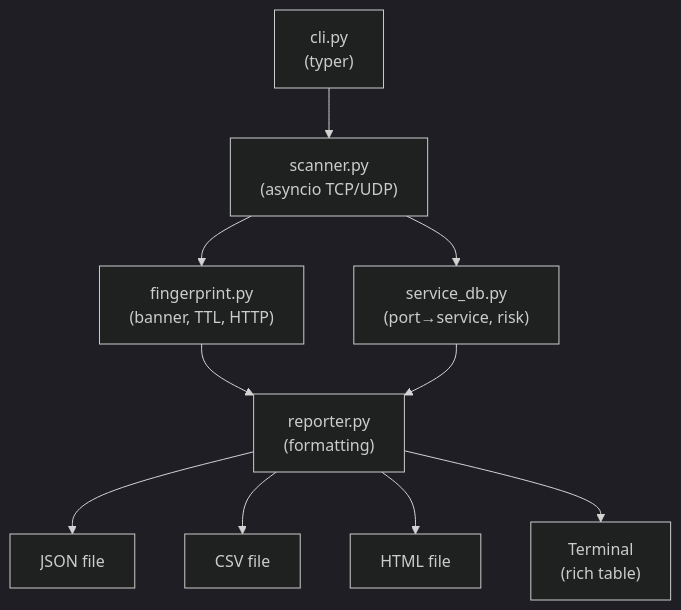
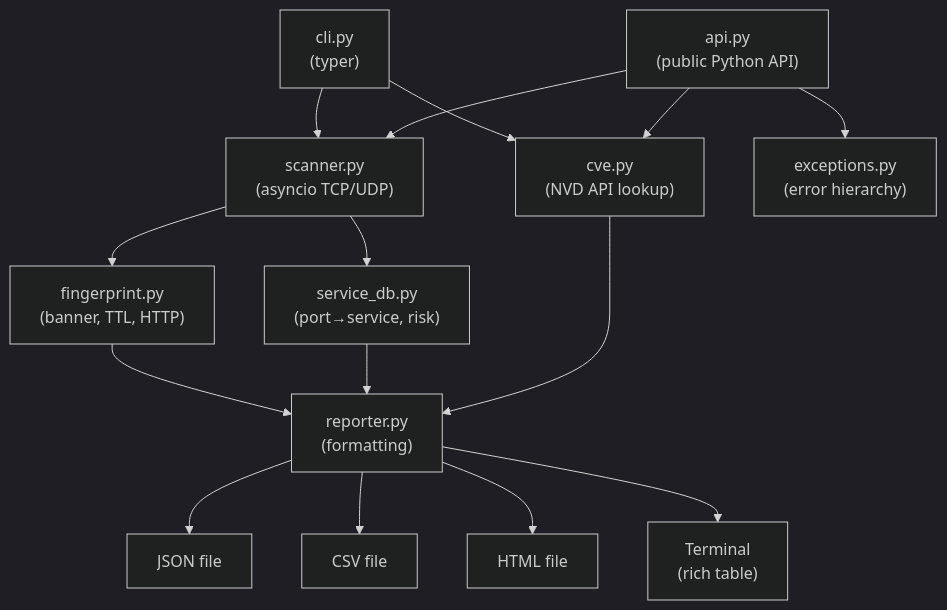
One commit to JakobBartoschek/porthawk changed the diagram in README.md. Above: the diagram before and after it, drawn with Mermaid (dark theme). The commit also changed other lines of this file and 8 other files, not shown here.

First line of the commit message:
feat: CVE lookup via NVD API, CHANGELOG, README update

````diff
--- a/README.md
+++ b/README.md
@@ -40,22 +42,30 @@
 ```mermaid
 flowchart TD
     CLI["cli.py\n(typer)"]
+    API["api.py\n(public Python API)"]
     SCAN["scanner.py\n(asyncio TCP/UDP)"]
     FP["fingerprint.py\n(banner, TTL, HTTP)"]
     SDB["service_db.py\n(port→service, risk)"]
+    CVE["cve.py\n(NVD API lookup)"]
+    EXC["exceptions.py\n(error hierarchy)"]
     REP["reporter.py\n(formatting)"]
     OUT_JSON["JSON file"]
     OUT_CSV["CSV file"]
     OUT_HTML["HTML file"]
     OUT_TERM["Terminal\n(rich table)"]
 
     CLI --> SCAN
+    CLI --> CVE
+    API --> SCAN
+    API --> CVE
+    API --> EXC
     SCAN --> FP
     SCAN --> SDB
     FP --> REP
     SDB --> REP
+    CVE --> REP
     REP --> OUT_JSON
     REP --> OUT_CSV
     REP --> OUT_HTML
     REP --> OUT_TERM
 ```
````
